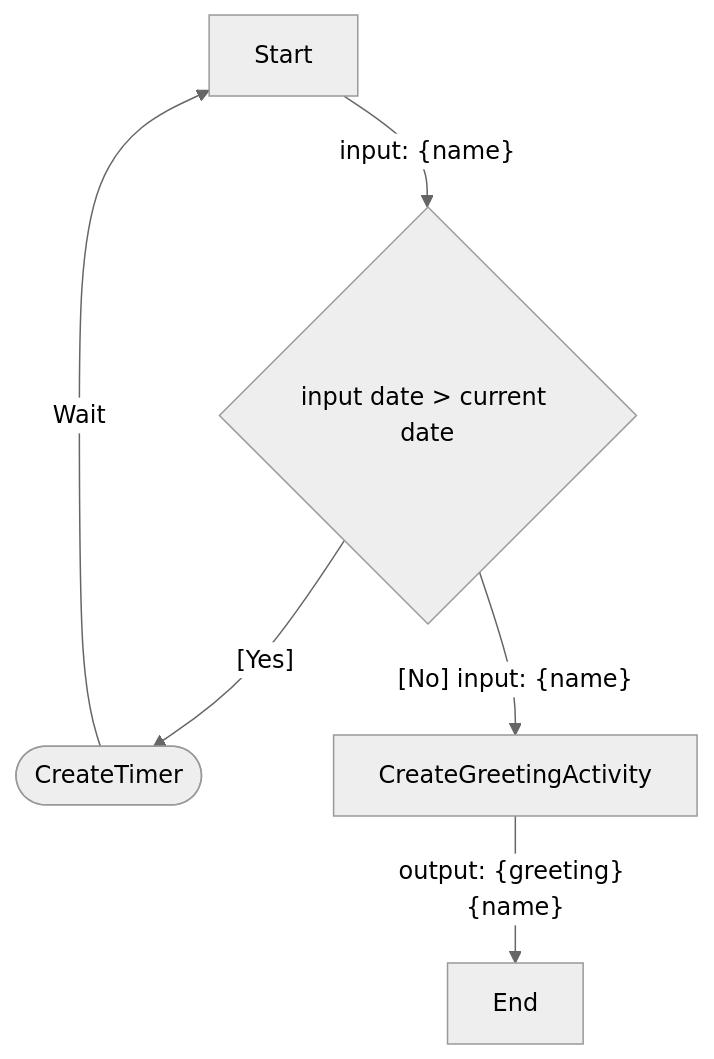
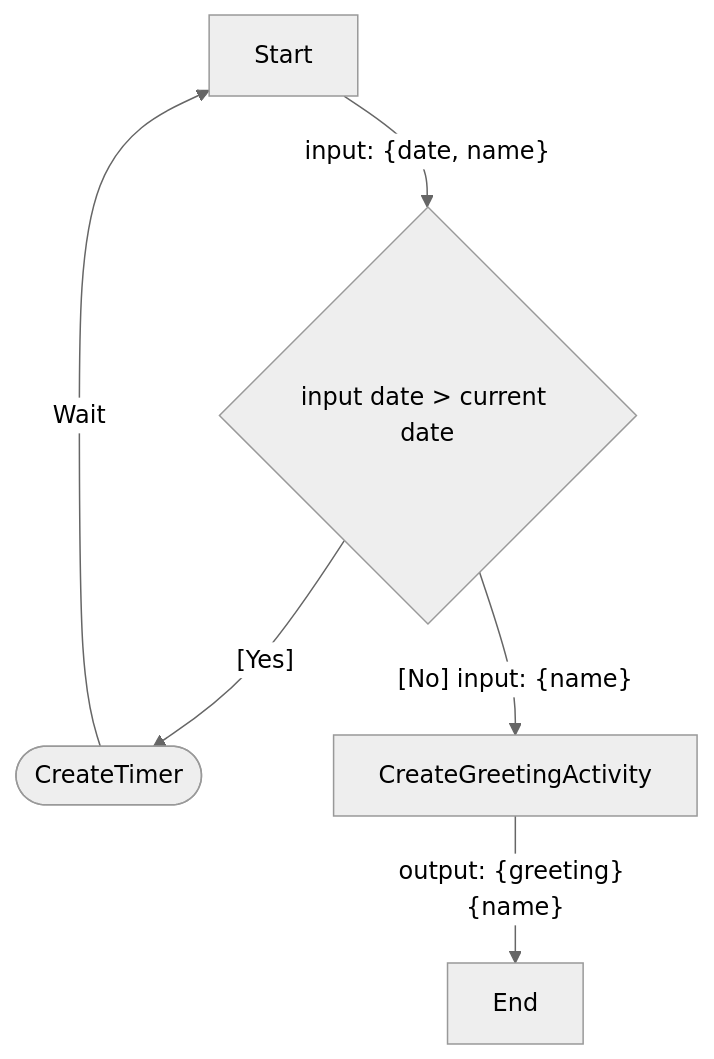
Before and after one commit to diagrid-labs/dapr-workflow-demos: the fifth of 7 diagrams in README.md, drawn with Mermaid (neutral theme). The commit also changed other lines of this file, not shown here.

````diff
--- a/README.md
+++ b/README.md
@@ -293,14 +293,14 @@
 ```mermaid
 graph TD
     A[Start]
     B{input date > current date}
     C([CreateTimer])
     D[CreateGreetingActivity]
     E[End]
-    A --> |"input: {name}"| B
+    A --> |"input: {date, name}"| B
     B -->|"[Yes]"| C
     C -->|"Wait"| A
     B -->|"[No] input: {name}"| D
     D -->|"output: {greeting} {name}"| E
 
 ```
````
